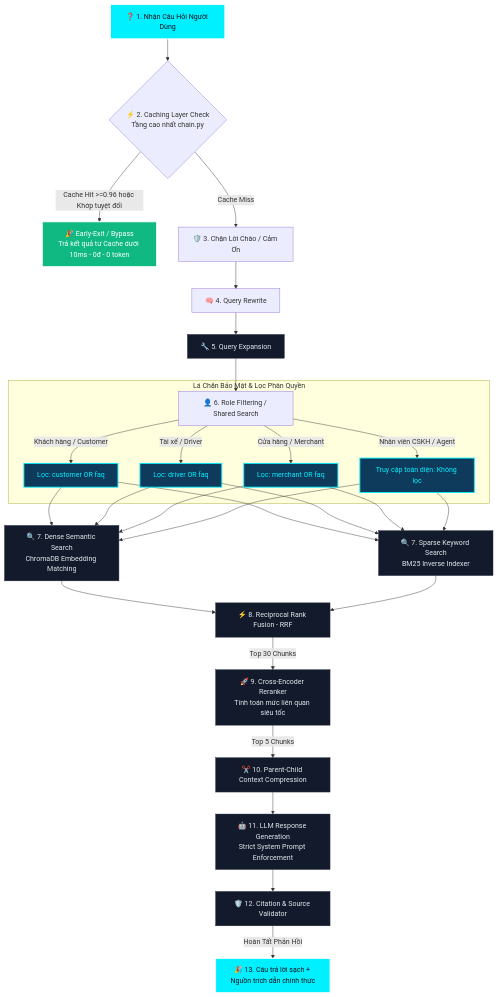
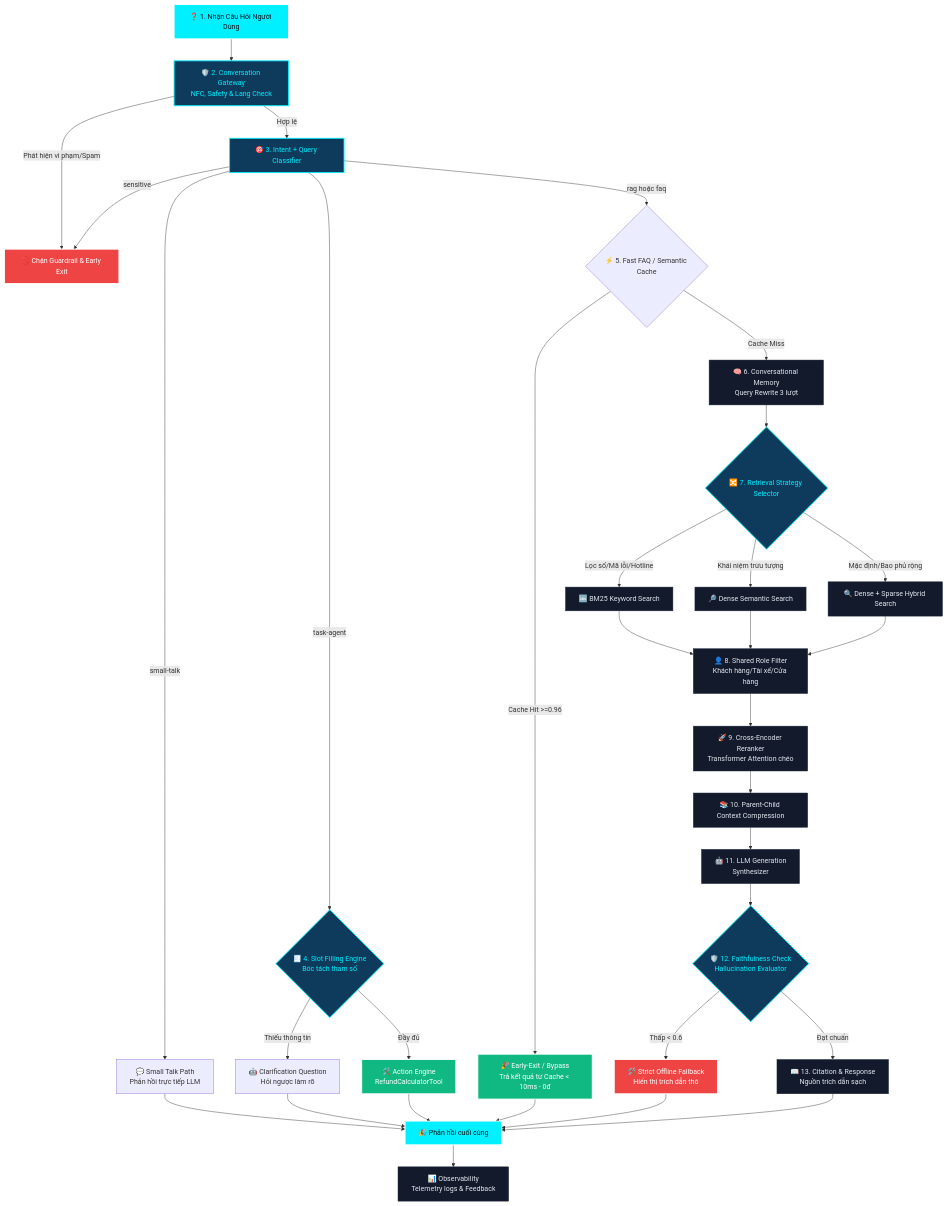
The diagram in MINDSET.md (dungltcn272/XANH_SM_AI_ASSISTANT_V1), drawn with Mermaid before and after one commit. The commit also changed other lines of this file and 14 other files, not shown here.

````diff
--- a/MINDSET.md
+++ b/MINDSET.md
@@ -24,43 +27,51 @@
 ```mermaid
 graph TD
     %% Nodes
-    Q[❓ 1. Nhận Câu Hỏi Người Dùng] --> CacheCheck{⚡ 2. Caching Layer Check<br>Tầng cao nhất chain.py}
+    Q[❓ 1. Nhận Câu Hỏi Người Dùng] --> GW[🛡️ 2. Conversation Gateway<br>NFC, Safety & Lang Check]
     
-    CacheCheck -->|Cache Hit >=0.96 hoặc Khớp tuyệt đối| FastReturn[🎉 Early-Exit / Bypass<br>Trả kết quả từ Cache dưới 10ms - 0đ - 0 token]
-    CacheCheck -->|Cache Miss| Intercept[🛡️ 3. Chặn Lời Chào / Cảm Ơn]
+    GW -->|Phát hiện vi phạm/Spam| Block[🚫 Chặn Guardrail & Early Exit]
+    GW -->|Hợp lệ| Classify[🎯 3. Intent + Query Classifier]
     
-    Intercept --> QR[🧠 4. Query Rewrite]
-    QR --> QE[🔧 5. Query Expansion]
-    QE --> SG[👤 6. Role Filtering / Shared Search]
-
-    subgraph Security_Gate [Lá Chắn Bảo Mật & Lọc Phân Quyền]
-        SG -->|Khách hàng / Customer| F_Cust[Lọc: customer OR faq]
-        SG -->|Tài xế / Driver| F_Driv[Lọc: driver OR faq]
-        SG -->|Cửa hàng / Merchant| F_Merc[Lọc: merchant OR faq]
-        SG -->|Nhân viên CSKH / Agent| F_Agent[Truy cập toàn diện: Không lọc]
-    end
-
-    F_Cust & F_Driv & F_Merc & F_Agent --> Dense[🔍 7. Dense Semantic Search<br>ChromaDB Embedding Matching]
-    F_Cust & F_Driv & F_Merc & F_Agent --> Sparse[🔍 7. Sparse Keyword Search<br>BM25 Inverse Indexer]
-
-    Dense --> RRF[⚡ 8. Reciprocal Rank Fusion - RRF]
-    Sparse --> RRF
-
-    RRF -->|Top 30 Chunks| Rerank[🚀 9. Cross-Encoder Reranker<br>Tính toán mức liên quan siêu tốc]
-    Rerank -->|Top 5 Chunks| Compress[✂️ 10. Parent-Child Context Compression]
-    Compress --> LLM[🤖 11. LLM Response Generation<br>Strict System Prompt Enforcement]
-    LLM --> Citation[🛡️ 12. Citation & Source Validator]
-
-    Citation -->|Hoàn Tất Phản Hồi| Answer[🎉 13. Câu trả lời sạch + Nguồn trích dẫn chính thức]
+    Classify -->|sensitive| Block
+    Classify -->|small-talk| SmallTalk[💬 Small Talk Path<br>Phản hồi trực tiếp LLM]
+    Classify -->|task-agent| SlotFilling{🧾 4. Slot Filling Engine<br>Bóc tách tham số}
+    Classify -->|rag hoặc faq| CacheCheck{⚡ 5. Fast FAQ / Semantic Cache}
+    
+    SlotFilling -->|Thiếu thông tin| Clarify[🤖 Clarification Question<br>Hỏi ngược làm rõ]
+    SlotFilling -->|Đầy đủ| Tool[🛠️ Action Engine<br>RefundCalculatorTool]
+    
+    CacheCheck -->|Cache Hit >=0.96| FastReturn[🎉 Early-Exit / Bypass<br>Trả kết quả từ Cache < 10ms - 0đ]
+    CacheCheck -->|Cache Miss| Rewrite[🧠 6. Conversational Memory<br>Query Rewrite 3 lượt]
+    
+    Rewrite --> Strategy{🔀 7. Retrieval Strategy Selector}
+    
+    Strategy -->|Lọc số/Mã lỗi/Hotline| BM25_Path[🔤 BM25 Keyword Search]
+    Strategy -->|Khái niệm trừu tượng| Dense_Path[🔎 Dense Semantic Search]
+    Strategy -->|Mặc định/Bao phủ rộng| Hybrid_Path[🔍 Dense + Sparse Hybrid Search]
+    
+    BM25_Path & Dense_Path & Hybrid_Path --> SG[👤 8. Shared Role Filter<br>Khách hàng/Tài xế/Cửa hàng]
+    
+    SG --> Rerank[🚀 9. Cross-Encoder Reranker<br>Transformer Attention chéo]
+    Rerank --> ParentChild[📚 10. Parent-Child Context Compression]
+    ParentChild --> LLM[🤖 11. LLM Generation<br>Synthesizer]
+    LLM --> Faith{🛡️ 12. Faithfulness Check<br>Hallucination Evaluator}
+    
+    Faith -->|Thấp < 0.6| Fallback[🛠️ Strict Offline Fallback<br>Hiển thị trích dẫn thô]
+    Faith -->|Đạt chuẩn| Citation[📖 13. Citation & Response<br>Nguồn trích dẫn sạch]
+    
+    SmallTalk & Clarify & Tool & FastReturn & Fallback & Citation --> Final[🎉 Phản hồi cuối cùng]
+    Final --> Obs[📊 Observability<br>Telemetry logs & Feedback]
 
     %% Styles
     classDef highlight fill:#00f0ff,stroke:#ffffff,stroke-width:2px,color:#0c101b;
     classDef security fill:#0e3a5c,stroke:#00f0ff,stroke-width:2px,color:#00f0ff;
     classDef standard fill:#131a2b,stroke:#1e293b,stroke-width:1px,color:#e2e8f0;
     classDef cacheHit fill:#10b981,stroke:#ffffff,stroke-width:2px,color:#ffffff;
+    classDef errorRed fill:#ef4444,stroke:#ffffff,stroke-width:2px,color:#ffffff;
     
-    class Q,Answer highlight;
-    class FastReturn cacheHit;
-    class R,F_Cust,F_Driv,F_Merc,F_Agent security;
-    class QE,Dense,Sparse,RRF,Rerank,Compress,LLM,Citation standard;
+    class Q,Final highlight;
+    class FastReturn,Tool cacheHit;
+    class Block,Fallback errorRed;
+    class GW,Classify,SlotFilling,Strategy,Faith security;
+    class Rewrite,BM25_Path,Dense_Path,Hybrid_Path,SG,Rerank,ParentChild,LLM,Citation,Obs standard;
 ```
````
